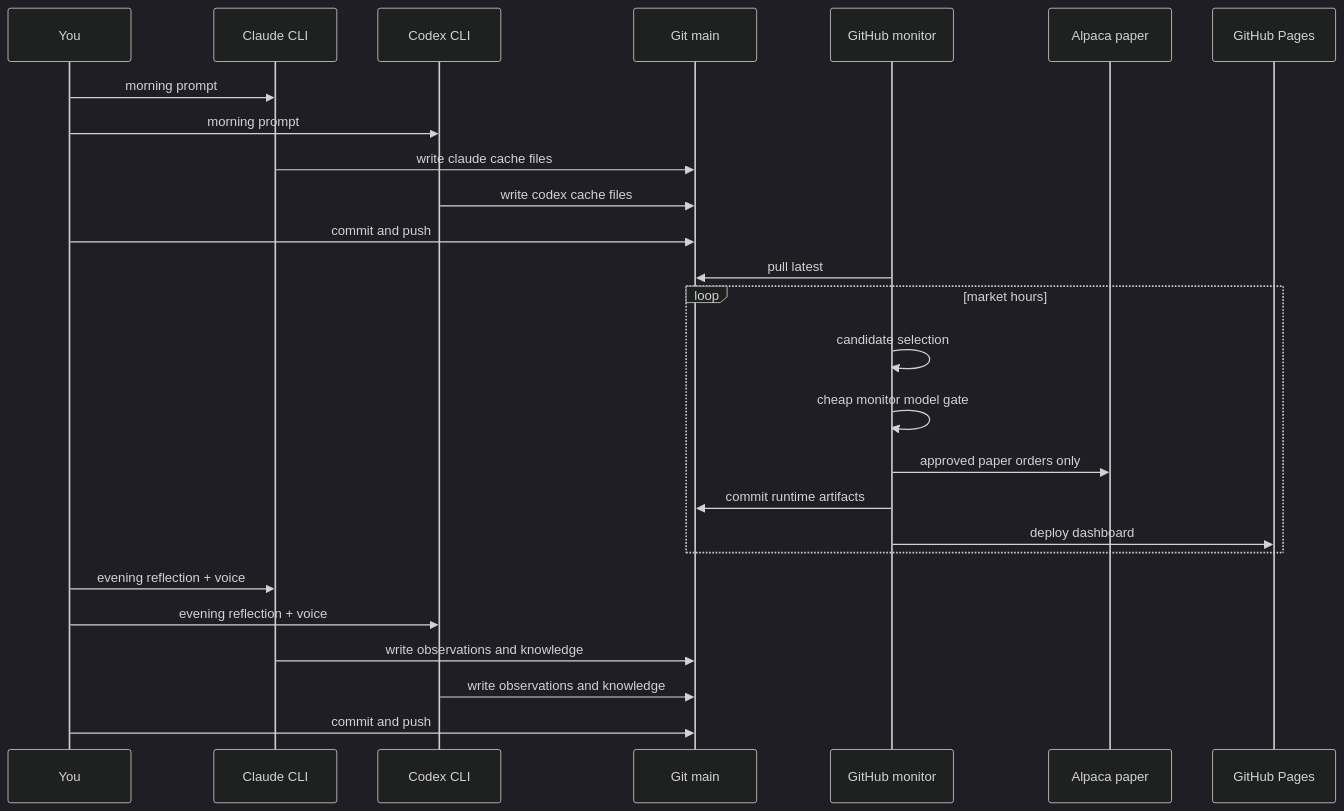
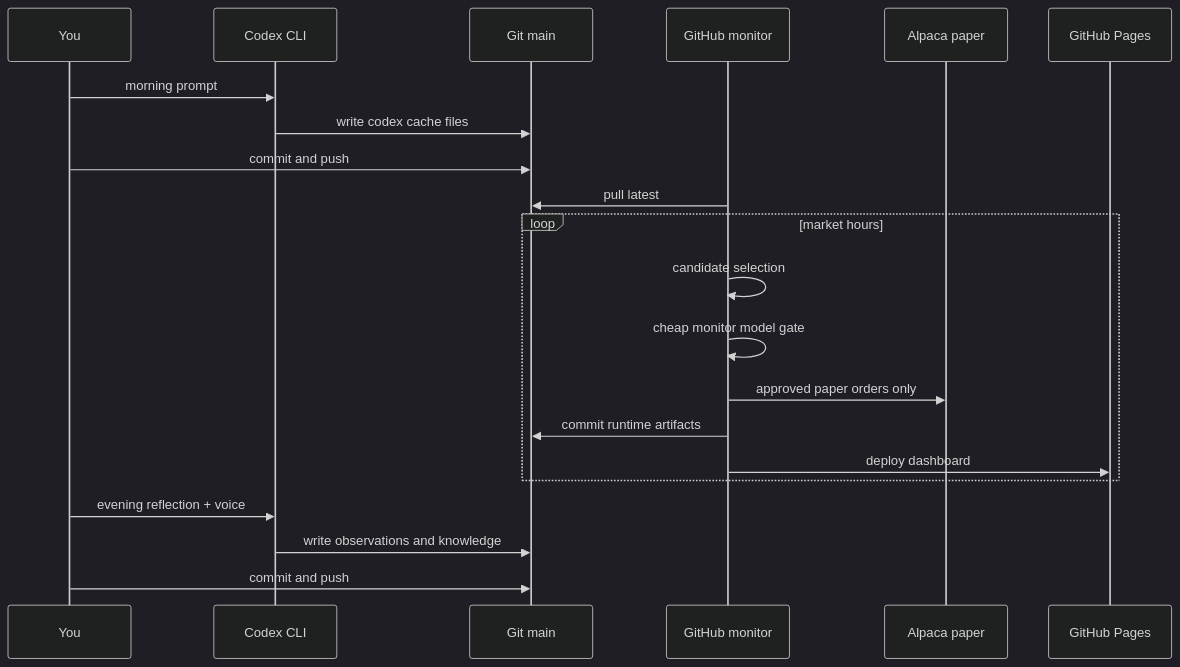
The second of 2 diagrams in SYSTEM_GUIDE.md (Aashay-chaudhari/trader), drawn with Mermaid (dark theme) before and after one commit. The commit also changed other lines of this file and 5473 other files, not shown here.

````diff
--- a/SYSTEM_GUIDE.md
+++ b/SYSTEM_GUIDE.md
@@ -79,29 +70,24 @@
 ```mermaid
 sequenceDiagram
     participant You
-    participant Claude as Claude CLI
     participant Codex as Codex CLI
     participant Repo as Git main
     participant Monitor as GitHub monitor
     participant Broker as Alpaca paper
     participant Pages as GitHub Pages
 
-    You->>Claude: morning prompt
     You->>Codex: morning prompt
-    Claude->>Repo: write claude cache files
     Codex->>Repo: write codex cache files
     You->>Repo: commit and push
     Monitor->>Repo: pull latest
     loop market hours
         Monitor->>Monitor: candidate selection
         Monitor->>Monitor: cheap monitor model gate
         Monitor->>Broker: approved paper orders only
         Monitor->>Repo: commit runtime artifacts
         Monitor->>Pages: deploy dashboard
     end
-    You->>Claude: evening reflection + voice
     You->>Codex: evening reflection + voice
-    Claude->>Repo: write observations and knowledge
     Codex->>Repo: write observations and knowledge
     You->>Repo: commit and push
 ```
````
